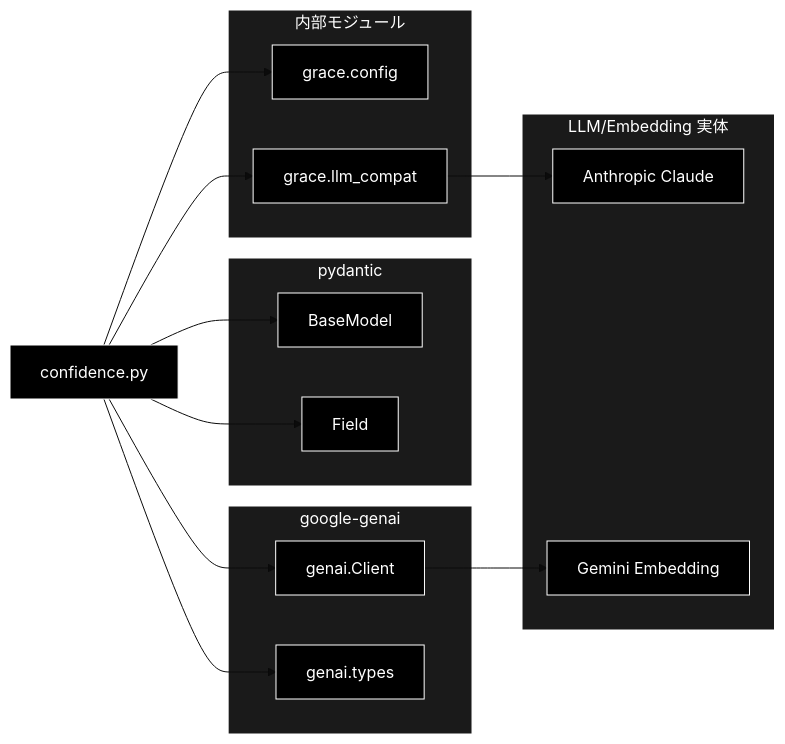
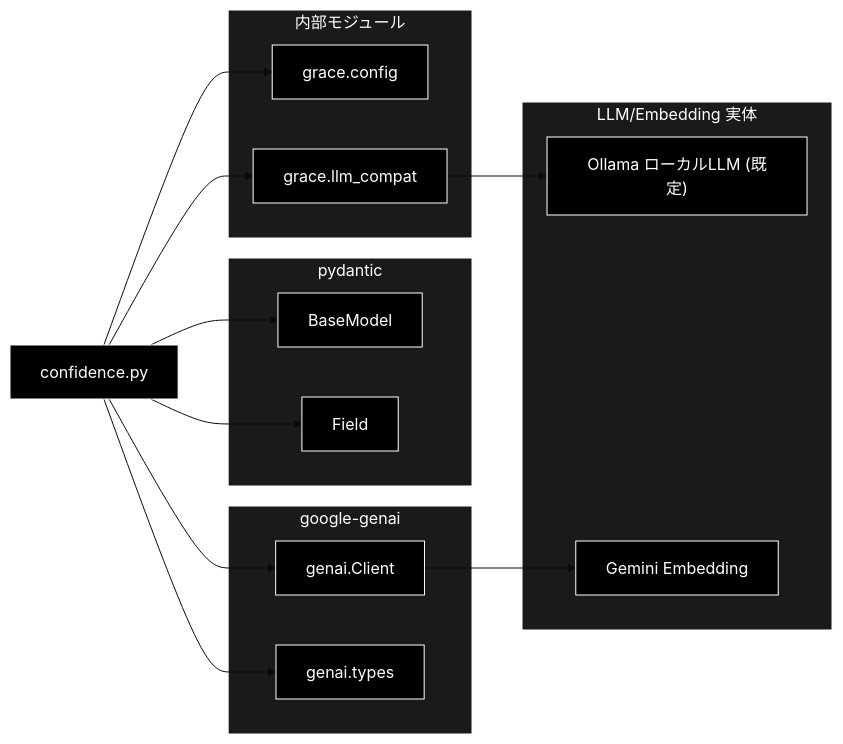
One commit to nakashima2toshio/grace_v2_local changed the third of 3 diagrams in grace/docs/confidence.md. Above: the diagram before and after it, drawn with Mermaid (base theme). The commit also changed other lines of this file and 2 other files, not shown here.

````diff
--- a/grace/docs/confidence.md
+++ b/grace/docs/confidence.md
@@ -1568,40 +1786,40 @@
 ```mermaid
 flowchart LR
     MODULE["confidence.py"]
 
     subgraph GENAI["google-genai"]
         CLIENT["genai.Client"]
         TYPES["genai.types"]
     end
 
     subgraph PYD["pydantic"]
         BASE["BaseModel"]
         FIELD["Field"]
     end
 
     subgraph INTERNAL["内部モジュール"]
         CONFIG["grace.config"]
         COMPAT["grace.llm_compat"]
     end
 
     subgraph EXTLLM["LLM/Embedding 実体"]
-        ANTHROPIC["Anthropic Claude"]
+        OLLAMA["Ollama ローカルLLM (既定)"]
         GEMINI["Gemini Embedding"]
     end
 
     MODULE --> CLIENT
     MODULE --> TYPES
     MODULE --> BASE
     MODULE --> FIELD
     MODULE --> CONFIG
     MODULE --> COMPAT
-    COMPAT --> ANTHROPIC
+    COMPAT --> OLLAMA
     CLIENT --> GEMINI
 classDef default fill:#000,stroke:#fff,color:#fff
 classDef subgraphStyle fill:#1a1a1a,stroke:#fff,color:#fff
-class MODULE,CLIENT,TYPES,BASE,FIELD,CONFIG,COMPAT,ANTHROPIC,GEMINI default
+class MODULE,CLIENT,TYPES,BASE,FIELD,CONFIG,COMPAT,OLLAMA,GEMINI default
 style GENAI fill:#1a1a1a,stroke:#fff,color:#fff
 style PYD fill:#1a1a1a,stroke:#fff,color:#fff
 style INTERNAL fill:#1a1a1a,stroke:#fff,color:#fff
 style EXTLLM fill:#1a1a1a,stroke:#fff,color:#fff
 ```
````
